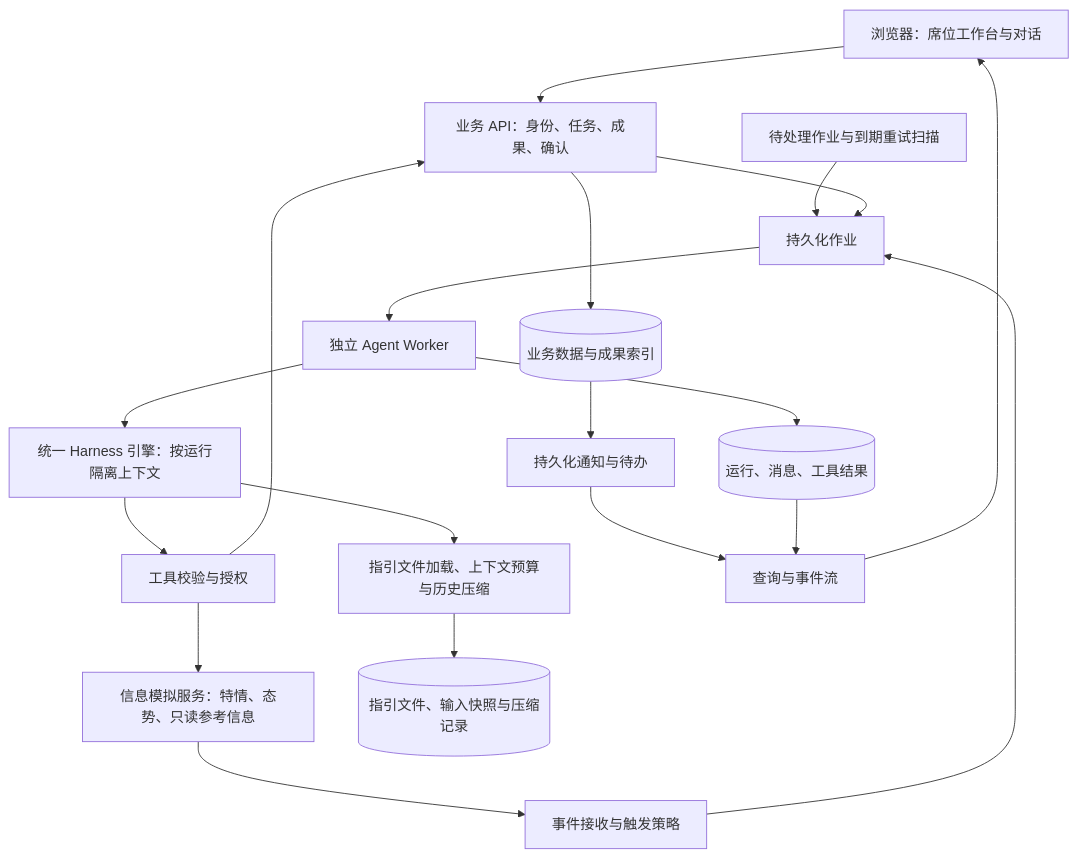
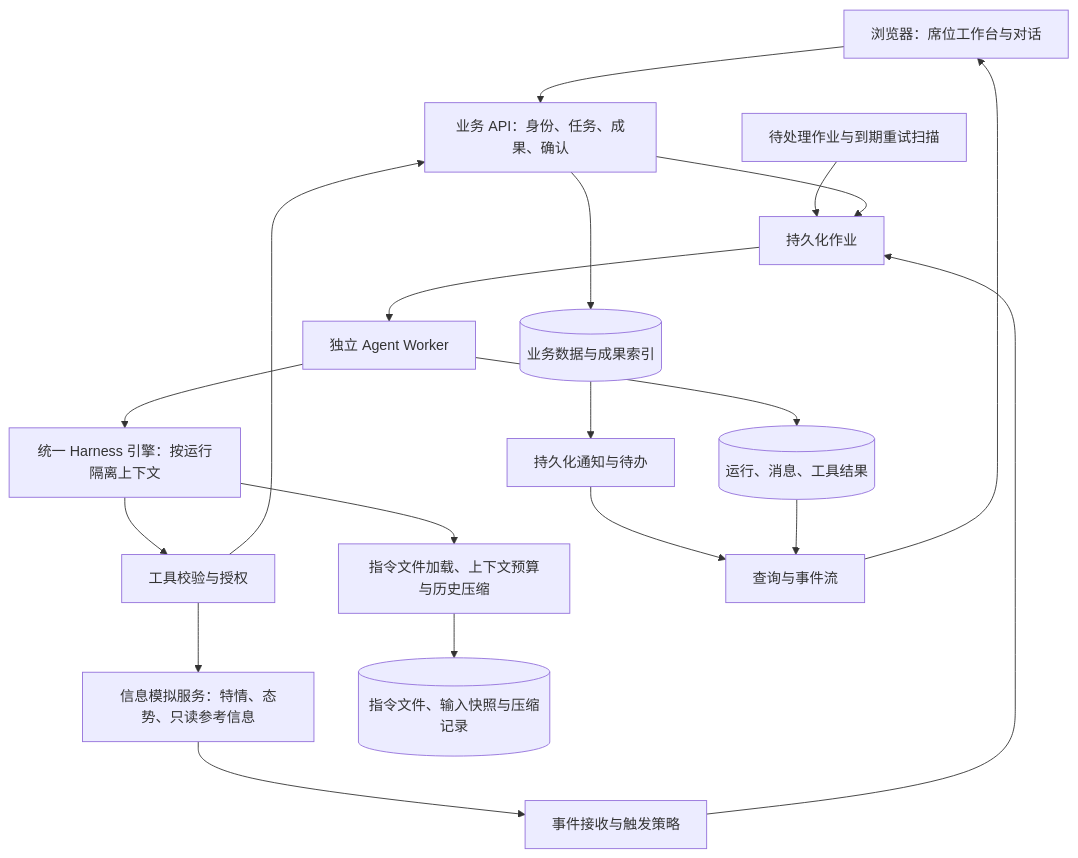
One commit to pulpcode/berserk changed the diagram in docs/mvp/design.md. Above: the diagram before and after it, drawn with Mermaid. The commit also changed other lines of this file and 25 other files, not shown here.

````diff
--- a/docs/mvp/design.md
+++ b/docs/mvp/design.md
@@ -11,21 +11,21 @@
 ```mermaid
 flowchart TD
     UI[浏览器：席位工作台与对话] --> API[业务 API：身份、任务、成果、确认]
     SIM[信息模拟服务：特情、态势、只读参考信息] --> IN[事件接收与触发策略]
     SCAN[待处理作业与到期重试扫描] --> JOB[持久化作业]
     API --> JOB
     IN --> JOB
     JOB --> WORKER[独立 Agent Worker]
     WORKER --> HARNESS[统一 Harness 引擎：按运行隔离上下文]
-    HARNESS --> CONTEXT[指引文件加载、上下文预算与历史压缩]
-    CONTEXT --> MEMORY[(指引文件、输入快照与压缩记录)]
+    HARNESS --> CONTEXT[指令文件加载、上下文预算与历史压缩]
+    CONTEXT --> MEMORY[(指令文件、输入快照与压缩记录)]
     HARNESS --> GATE[工具校验与授权]
     GATE --> API
     GATE --> SIM
     API --> DATA[(业务数据与成果索引)]
     WORKER --> RUN[(运行、消息、工具结果)]
     DATA --> NOTICE[持久化通知与待办]
     NOTICE --> STREAM[查询与事件流]
     RUN --> STREAM
     STREAM --> UI
 ```
````
